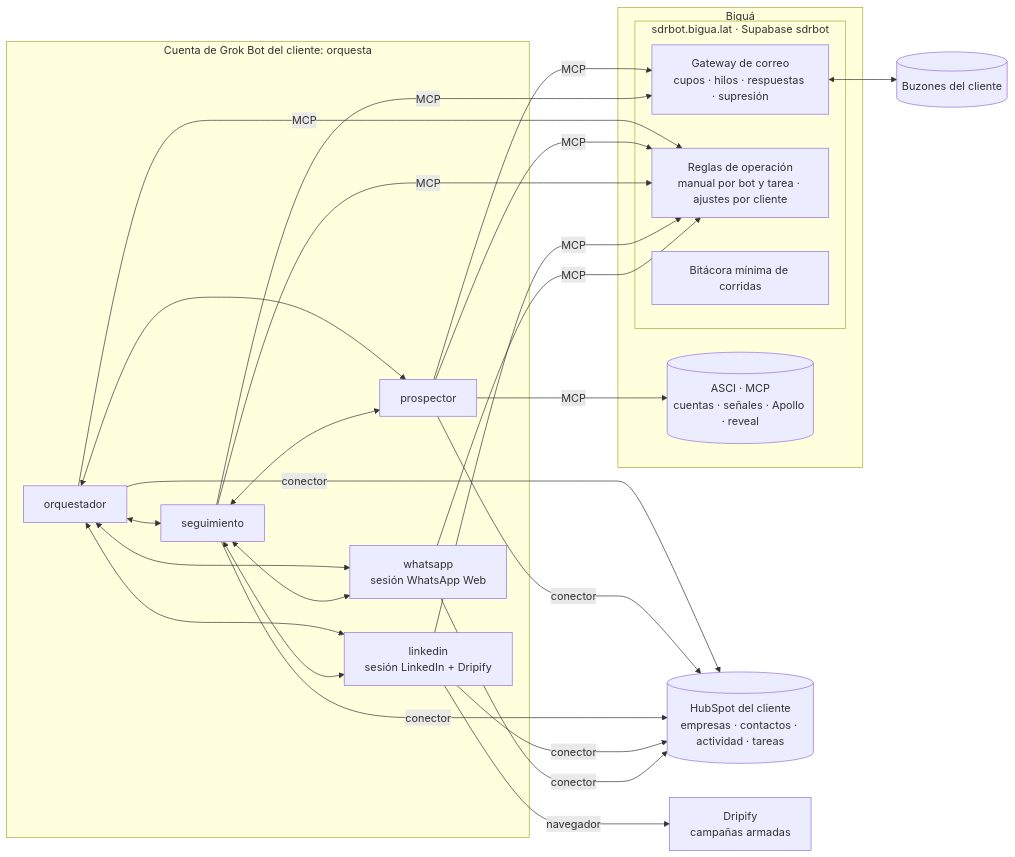
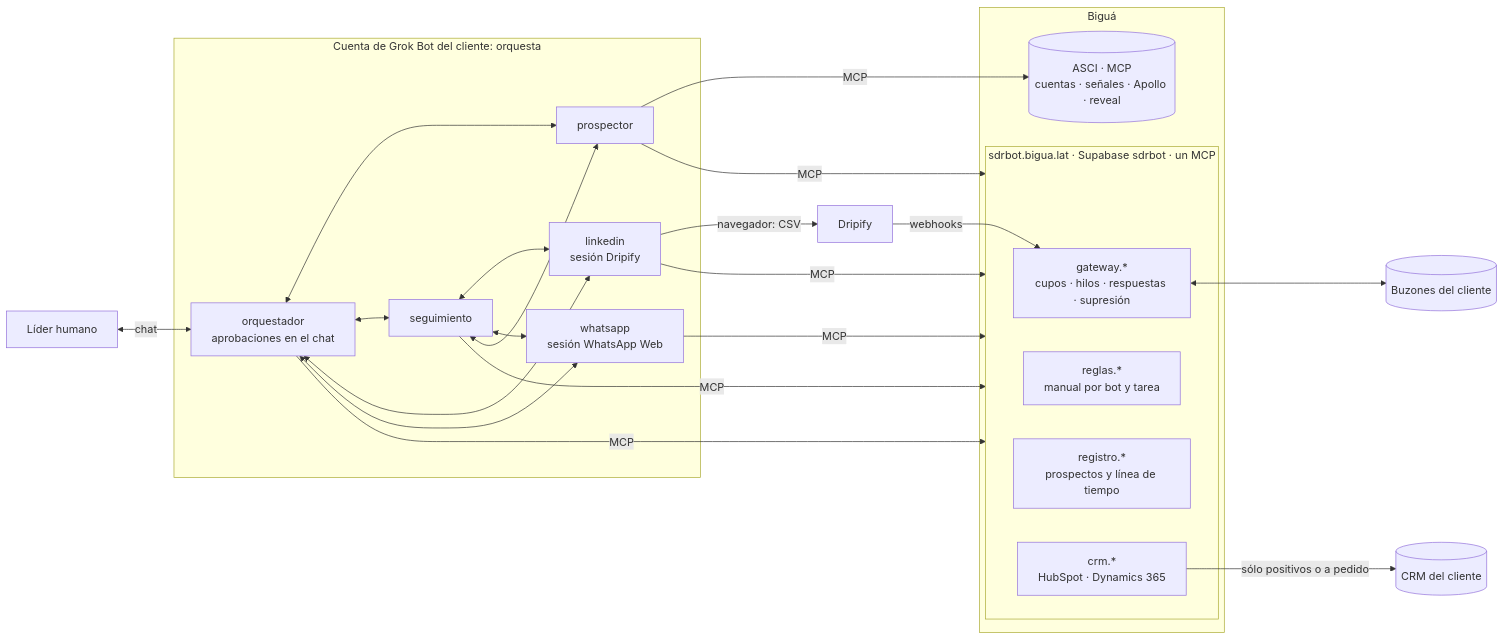
The first of 2 diagrams in docs/09-arquitectura-v2.md (ignaciocuffia86/sdrbot), drawn with Mermaid before and after one commit. The commit also changed other lines of this file and 3 other files, not shown here.

First line of the commit message:
docs/09, 10 y 11: aprobaciones en el chat de Grok, registro de prospección y datos del CRM

````diff
--- a/docs/09-arquitectura-v2.md
+++ b/docs/09-arquitectura-v2.md
@@ -53,32 +53,30 @@
 ```mermaid
 flowchart LR
   subgraph G["Cuenta de Grok Bot del cliente: orquesta"]
-    ORQ[orquestador]
+    ORQ[orquestador<br/>aprobaciones en el chat]
     PRO[prospector]
     SEG[seguimiento]
-    LI[linkedin<br/>sesión LinkedIn + Dripify]
+    LI[linkedin<br/>sesión Dripify]
     WA[whatsapp<br/>sesión WhatsApp Web]
     ORQ <--> PRO & SEG & LI & WA
     SEG <--> LI & WA & PRO
   end
+  H[Líder humano] <-- chat --> ORQ
 
   subgraph B["Biguá"]
     ASCI[(ASCI · MCP<br/>cuentas · señales · Apollo · reveal)]
-    subgraph PL["sdrbot.bigua.lat · Supabase sdrbot"]
-      GW[Gateway de correo<br/>cupos · hilos · respuestas · supresión]
-      REG[Reglas de operación<br/>manual por bot y tarea · ajustes por cliente]
-      BIT[Bitácora mínima de corridas]
+    subgraph PL["sdrbot.bigua.lat · Supabase sdrbot · un MCP"]
+      GW[gateway.*<br/>cupos · hilos · respuestas · supresión]
+      REG[reglas.*<br/>manual por bot y tarea]
+      RP[registro.*<br/>prospectos y línea de tiempo]
+      CRM[crm.*<br/>HubSpot · Dynamics 365]
     end
   end
 
-  HS[(HubSpot del cliente<br/>empresas · contactos · actividad · tareas)]
-  DRIP[Dripify<br/>campañas armadas]
-  BUZ[(Buzones del cliente)]
-
   PRO -- MCP --> ASCI
-  PRO & SEG -- MCP --> GW
-  ORQ & PRO & SEG & LI & WA -- MCP --> REG
-  ORQ & PRO & SEG & LI & WA -- conector --> HS
-  LI -- navegador --> DRIP
-  GW <--> BUZ
+  ORQ & PRO & SEG & LI & WA -- MCP --> PL
+  GW <--> BUZ[(Buzones del cliente)]
+  DRIP[Dripify] -- webhooks --> GW
+  LI -- navegador: CSV --> DRIP
+  CRM -- sólo positivos o a pedido --> CRMC[(CRM del cliente)]
 ```
````
